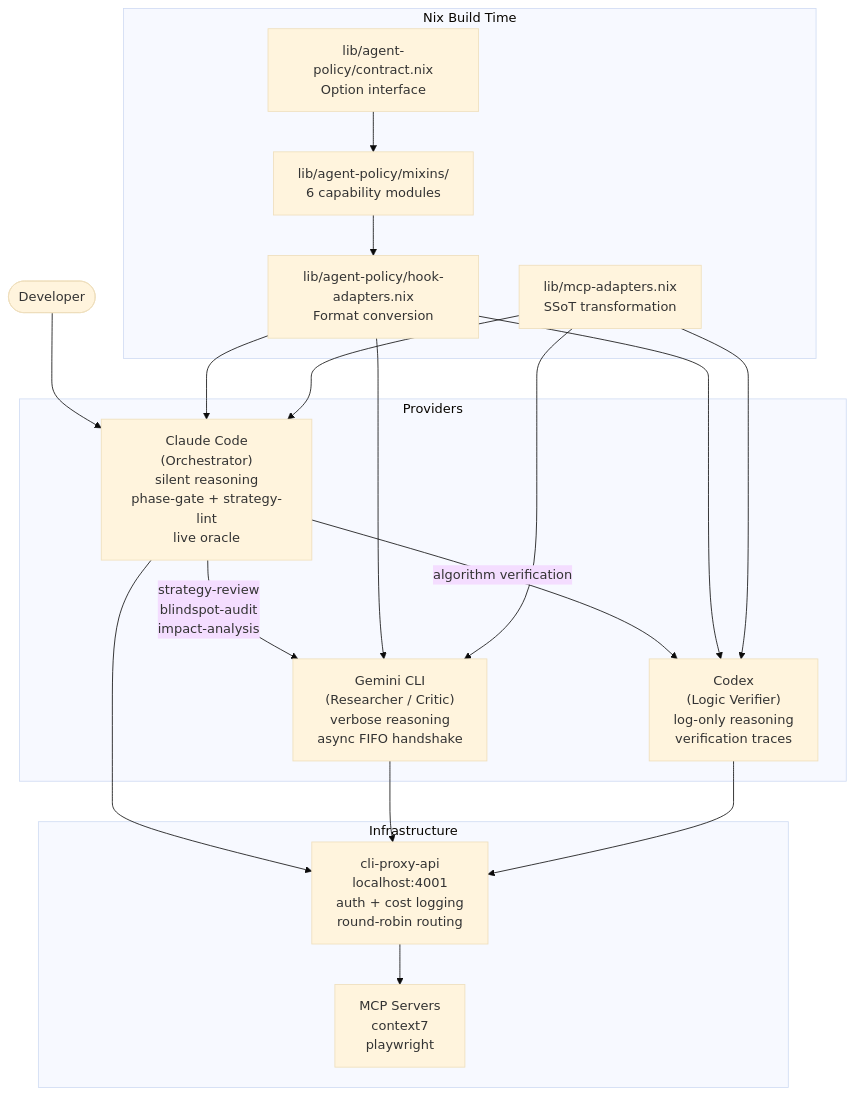
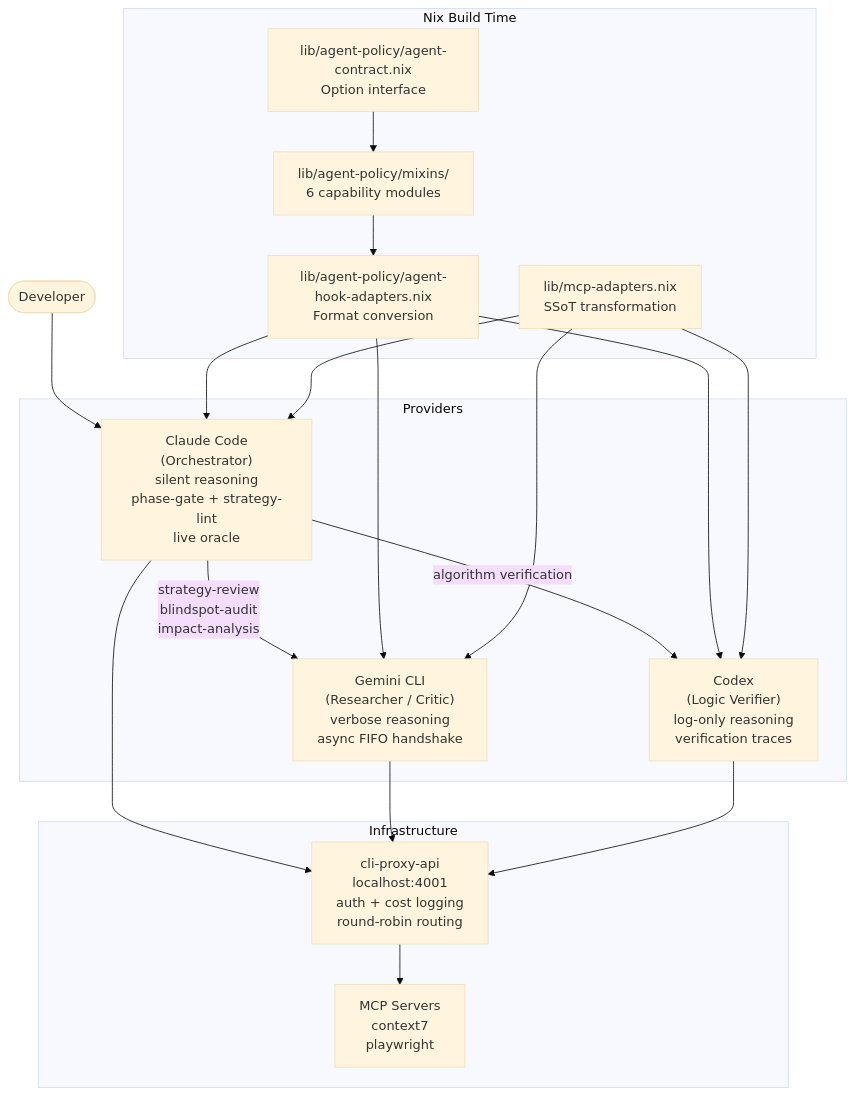
Before and after one commit to vanillacake369/tonys-nix: the diagram in docs/agents/overview.md, drawn with Mermaid (base theme). The commit also changed other lines of this file and 14 other files, not shown here.

````diff
--- a/docs/agents/overview.md
+++ b/docs/agents/overview.md
@@ -7,39 +7,39 @@
 ```mermaid
 graph TD
     User([Developer])
 
     subgraph Providers
         Claude["Claude Code\n(Orchestrator)\nsilent reasoning\nphase-gate + strategy-lint\nlive oracle"]
         Gemini["Gemini CLI\n(Researcher / Critic)\nverbose reasoning\nasync FIFO handshake"]
         Codex["Codex\n(Logic Verifier)\nlog-only reasoning\nverification traces"]
     end
 
     subgraph Infrastructure
         Proxy["cli-proxy-api\nlocalhost:4001\nauth + cost logging\nround-robin routing"]
         MCP["MCP Servers\ncontext7\nplaywright"]
     end
 
     subgraph NixBuildTime["Nix Build Time"]
-        Contract["lib/agent-policy/contract.nix\nOption interface"]
+        Contract["lib/agent-policy/agent-contract.nix\nOption interface"]
         Mixins["lib/agent-policy/mixins/\n6 capability modules"]
-        HookAdapters["lib/agent-policy/hook-adapters.nix\nFormat conversion"]
+        HookAdapters["lib/agent-policy/agent-hook-adapters.nix\nFormat conversion"]
         MCPAdapters["lib/mcp-adapters.nix\nSSoT transformation"]
     end
 
     User --> Claude
     Claude -->|"strategy-review\nblindspot-audit\nimpact-analysis"| Gemini
     Claude -->|"algorithm verification"| Codex
     Claude --> Proxy
     Gemini --> Proxy
     Codex --> Proxy
     Proxy --> MCP
 
     Contract --> Mixins
     Mixins --> HookAdapters
     HookAdapters --> Claude
     HookAdapters --> Gemini
     HookAdapters --> Codex
     MCPAdapters --> Claude
     MCPAdapters --> Gemini
     MCPAdapters --> Codex
 ```
````
